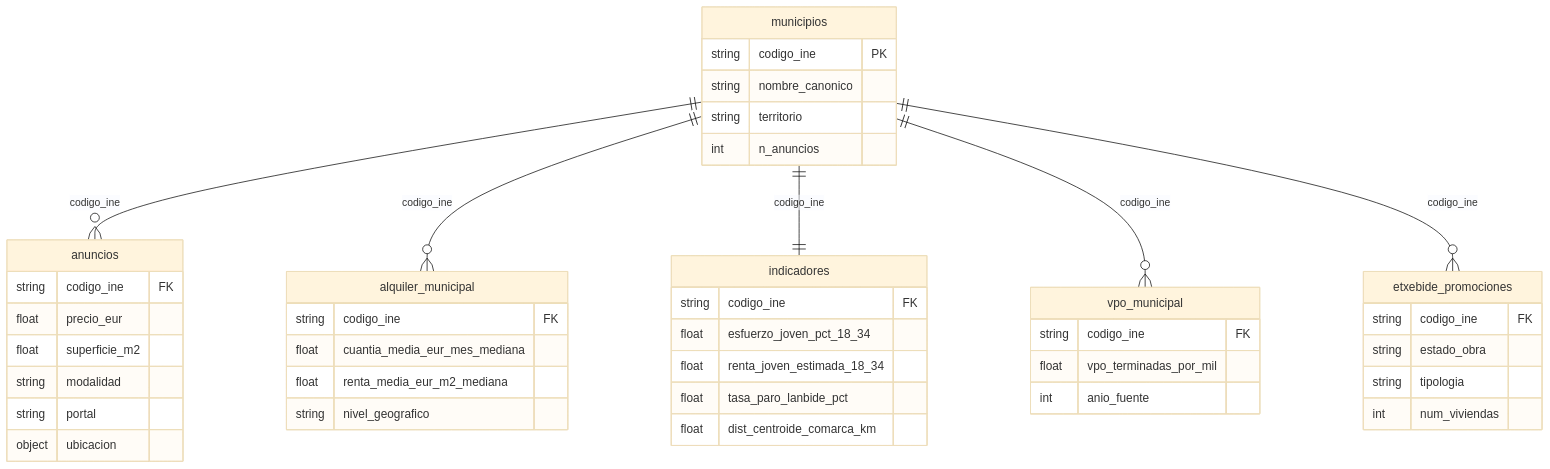
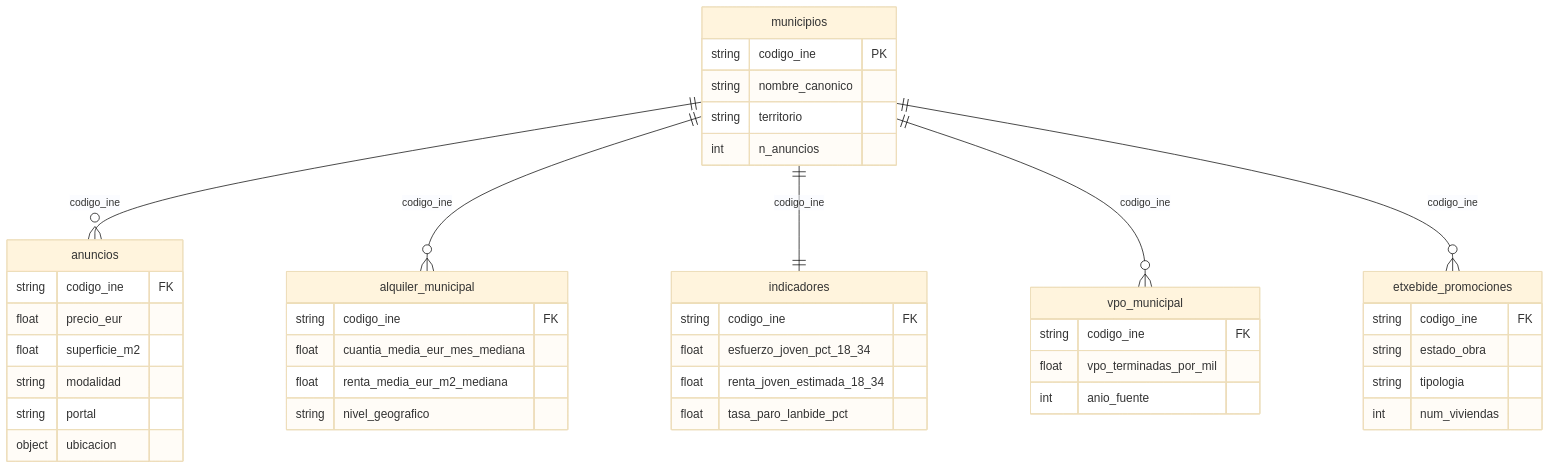
Before and after one commit to mikelrh-dev/bigdata-vivienda-euskadi: the second of 2 diagrams in README.md, drawn with Mermaid (base theme). The commit also changed other lines of this file and 1 other file, not shown here.

````diff
--- a/README.md
+++ b/README.md
@@ -143,47 +165,46 @@
 ```mermaid
 erDiagram
     municipios ||--o{ anuncios : "codigo_ine"
     municipios ||--o{ alquiler_municipal : "codigo_ine"
     municipios ||--|| indicadores : "codigo_ine"
     municipios ||--o{ vpo_municipal : "codigo_ine"
     municipios ||--o{ etxebide_promociones : "codigo_ine"
 
     municipios {
         string codigo_ine PK
         string nombre_canonico
         string territorio
         int n_anuncios
     }
     anuncios {
         string codigo_ine FK
         float precio_eur
         float superficie_m2
         string modalidad
         string portal
         object ubicacion
     }
     alquiler_municipal {
         string codigo_ine FK
         float cuantia_media_eur_mes_mediana
         float renta_media_eur_m2_mediana
         string nivel_geografico
     }
     indicadores {
         string codigo_ine FK
         float esfuerzo_joven_pct_18_34
         float renta_joven_estimada_18_34
         float tasa_paro_lanbide_pct
-        float dist_centroide_comarca_km
     }
     vpo_municipal {
         string codigo_ine FK
         float vpo_terminadas_por_mil
         int anio_fuente
     }
     etxebide_promociones {
         string codigo_ine FK
         string estado_obra
         string tipologia
         int num_viviendas
     }
 ```
````
